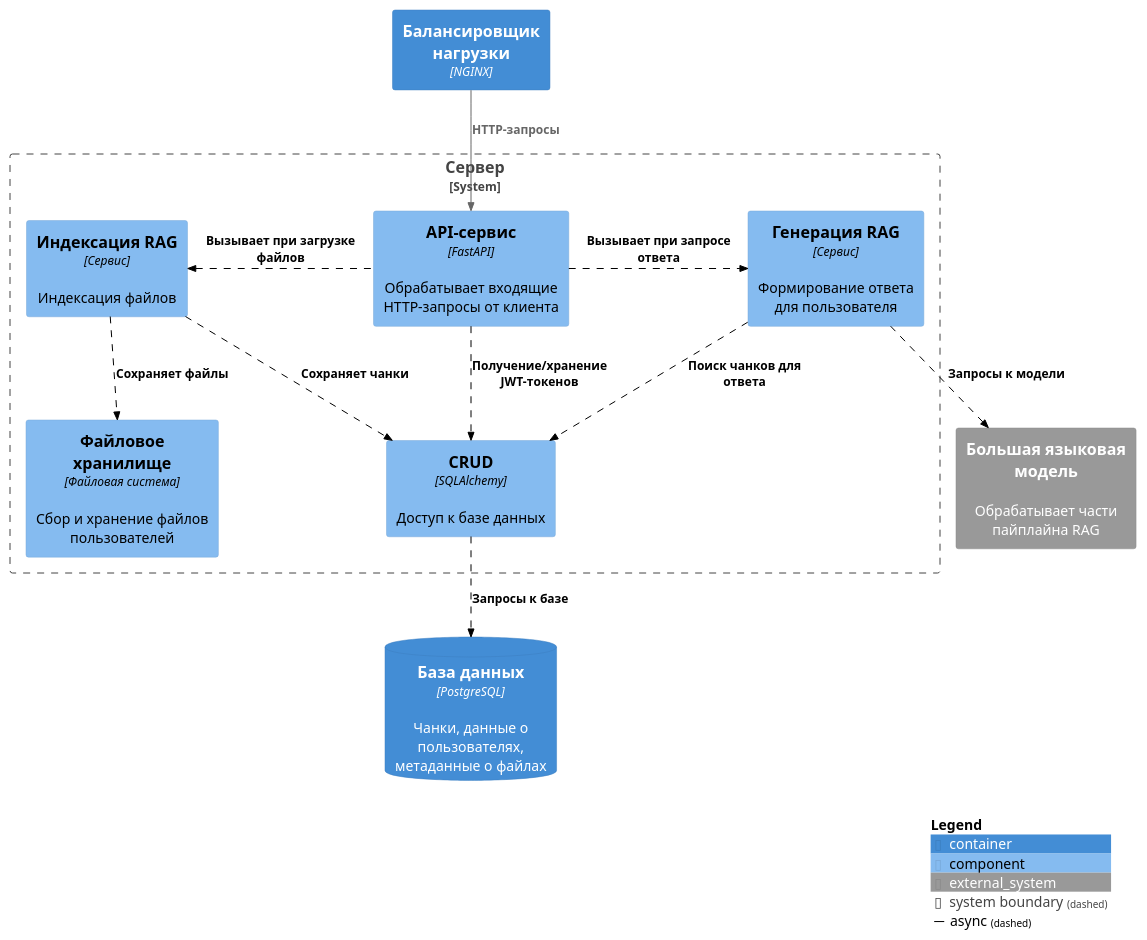
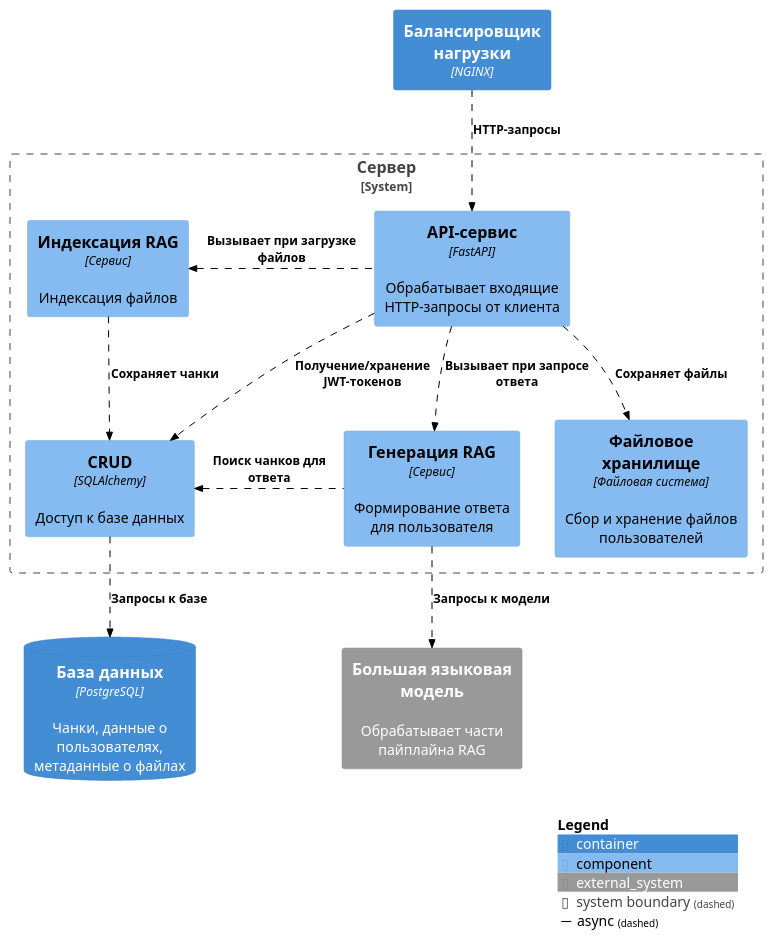
The diagram in diagrams/c3_server.puml (Syrenny/educ), drawn with PlantUML before and after one commit. The commit also changed 7 other files, not shown here.

Commit message:
docs: add c4 diagrams

```diff
--- a/diagrams/c3_server.puml
+++ b/diagrams/c3_server.puml
@@ -1,39 +1,36 @@
 @startuml
 !includeurl https://raw.githubusercontent.com/plantuml-stdlib/C4-PlantUML/master/C4_Component.puml
 
 AddElementTag("async", $fontColor="black")
 AddRelTag("async", $textColor="black", $lineColor="black", $lineStyle = DashedLine())
 
 skinparam wrapWidth 180
-' skinparam linetype ortho
 LAYOUT_WITH_LEGEND()
 LAYOUT_TOP_DOWN()
-
-' LAYOUT_LANDSCAPE()
 
 Container(balancer, "Балансировщик нагрузки", "NGINX")
 
 System_Boundary(server_sys, "Сервер") {
     Component(api, "API-сервис", "FastAPI", "Обрабатывает входящие HTTP-запросы от клиента")
     Component(indexation, "Индексация RAG", "Сервис", "Индексация файлов")
     Component(generation, "Генерация RAG", "Сервис", "Формирование ответа для пользователя")
     Component(file_storage, "Файловое хранилище", "Файловая система", "Сбор и хранение файлов пользователей")
     Component(db_client, "CRUD", "SQLAlchemy", "Доступ к базе данных")
 }
 
 System_Ext(llm_api, "Большая языковая модель", "Обрабатывает части пайплайна RAG")
+
 ContainerDb(db, "База данных", "PostgreSQL", "Чанки, данные о пользователях, метаданные о файлах")
 
-Rel_Down(balancer, api, "HTTP-запросы")
+Rel_Down(balancer, api, "HTTP-запросы", $tags="async")
 Rel_Left(api, indexation, "Вызывает при загрузке файлов", $tags="async")
 Rel(api, db_client, "Получение/хранение JWT-токенов", $tags="async")
-Rel_Right(api, generation, "Вызывает при запросе ответа", $tags="async")
-Rel_Down(indexation, file_storage, "Сохраняет файлы", $tags="async")
+Rel_Down(api, generation, "Вызывает при запросе ответа", $tags="async")
+Rel_Down(api, file_storage, "Сохраняет файлы", $tags="async")
 Rel(indexation, db_client, "Сохраняет чанки", $tags="async")
-Rel(generation, db_client, "Поиск чанков для ответа", $tags="async")
-Rel(generation, llm_api, "Запросы к модели", $tags="async")
+Rel_L(generation, db_client, "Поиск чанков для ответа", $tags="async")
+Rel_Down(generation, llm_api, "Запросы к модели", $tags="async")
 Rel(db_client, db, "Запросы к базе", $tags="async")
 
 SHOW_LEGEND()
-
 @enduml
```
